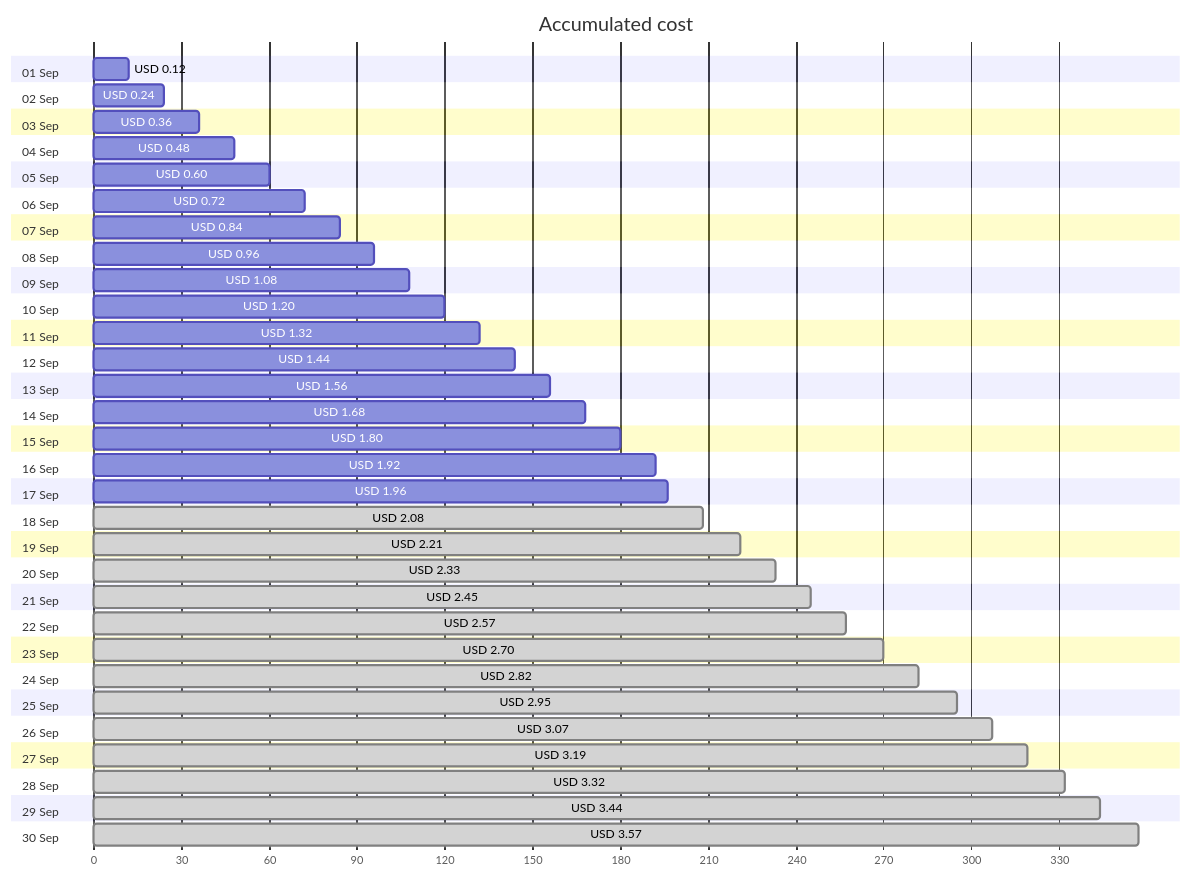
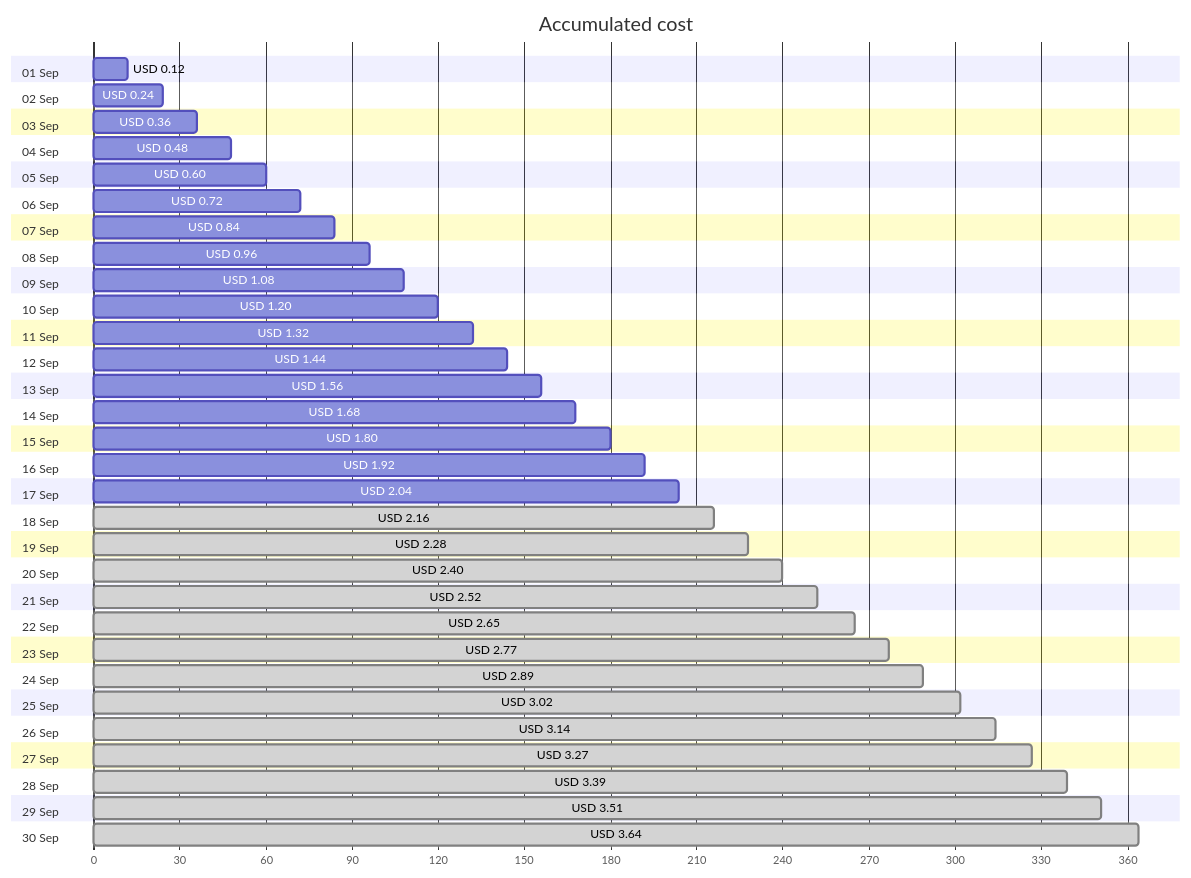
One commit to jpfulton/azure-personal-reports changed the first of 4 diagrams in cost-reports/personal-network/linux-dev-public-ip.md. Above: the diagram before and after it, drawn with Mermaid. The commit also changed other lines of this file and 17 other files, not shown here.

````diff
--- a/cost-reports/personal-network/linux-dev-public-ip.md
+++ b/cost-reports/personal-network/linux-dev-public-ip.md
@@ -20,66 +20,66 @@
 ```mermaid
 gantt
    title Accumulated cost
    dateFormat  X
    axisFormat %s
    section 01 Sep
    USD 0.12 :0, 12
    section 02 Sep
    USD 0.24 :0, 24
    section 03 Sep
    USD 0.36 :0, 36
    section 04 Sep
    USD 0.48 :0, 48
    section 05 Sep
    USD 0.60 :0, 60
    section 06 Sep
    USD 0.72 :0, 72
    section 07 Sep
    USD 0.84 :0, 84
    section 08 Sep
    USD 0.96 :0, 96
    section 09 Sep
    USD 1.08 :0, 108
    section 10 Sep
    USD 1.20 :0, 120
    section 11 Sep
    USD 1.32 :0, 132
    section 12 Sep
    USD 1.44 :0, 144
    section 13 Sep
    USD 1.56 :0, 156
    section 14 Sep
    USD 1.68 :0, 168
    section 15 Sep
    USD 1.80 :0, 180
    section 16 Sep
    USD 1.92 :0, 192
    section 17 Sep
-   USD 1.96 :0, 196
+   USD 2.04 :0, 204
    section 18 Sep
-   USD 2.08 : done, 0, 208
+   USD 2.16 : done, 0, 216
    section 19 Sep
-   USD 2.21 : done, 0, 221
+   USD 2.28 : done, 0, 228
    section 20 Sep
-   USD 2.33 : done, 0, 233
+   USD 2.40 : done, 0, 240
    section 21 Sep
-   USD 2.45 : done, 0, 245
+   USD 2.52 : done, 0, 252
    section 22 Sep
-   USD 2.57 : done, 0, 257
+   USD 2.65 : done, 0, 265
    section 23 Sep
-   USD 2.70 : done, 0, 270
+   USD 2.77 : done, 0, 277
    section 24 Sep
-   USD 2.82 : done, 0, 282
+   USD 2.89 : done, 0, 289
    section 25 Sep
-   USD 2.95 : done, 0, 295
+   USD 3.02 : done, 0, 302
    section 26 Sep
-   USD 3.07 : done, 0, 307
+   USD 3.14 : done, 0, 314
    section 27 Sep
-   USD 3.19 : done, 0, 319
+   USD 3.27 : done, 0, 327
    section 28 Sep
-   USD 3.32 : done, 0, 332
+   USD 3.39 : done, 0, 339
    section 29 Sep
-   USD 3.44 : done, 0, 344
+   USD 3.51 : done, 0, 351
    section 30 Sep
-   USD 3.57 : done, 0, 357
+   USD 3.64 : done, 0, 364
 ```
````
